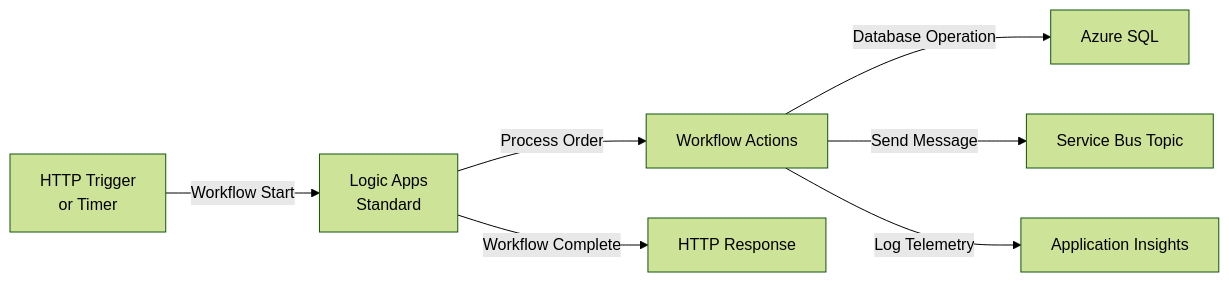
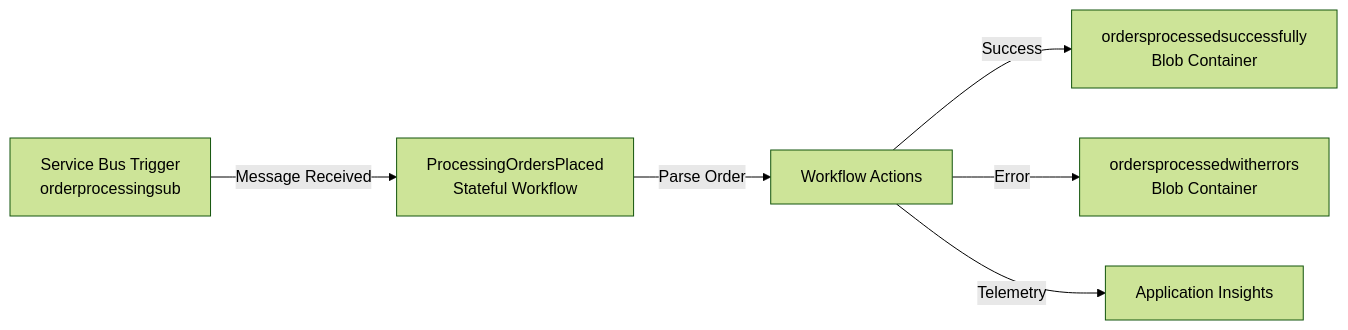
Before and after one commit to Evilazaro/Azure-LogicApps-Monitoring: the sixth of 15 diagrams in README.MD, drawn with Mermaid (forest theme). The commit also changed other lines of this file, not shown here.

First line of the commit message:
Enhance README.MD with detailed architecture and component descriptions

````diff
--- a/README.MD
+++ b/README.MD
@@ -185,9 +228,8 @@
 ```mermaid
 flowchart LR
-    Trigger["HTTP Trigger<br/>or Timer"] -->|"Workflow Start"| LogicApp["Logic Apps<br/>Standard"]
-    LogicApp -->|"Process Order"| Actions["Workflow Actions"]
-    Actions -->|"Database Operation"| SQL["Azure SQL"]
-    Actions -->|"Send Message"| ServiceBus["Service Bus Topic"]
-    Actions -->|"Log Telemetry"| AppInsights["Application Insights"]
-    LogicApp -->|"Workflow Complete"| Response["HTTP Response"]
+    Trigger["Service Bus Trigger<br/>orderprocessingsub"] -->|"Message Received"| Workflow["ProcessingOrdersPlaced<br/>Stateful Workflow"]
+    Workflow -->|"Parse Order"| Actions["Workflow Actions"]
+    Actions -->|"Success"| SuccessBlob["ordersprocessedsuccessfully<br/>Blob Container"]
+    Actions -->|"Error"| ErrorBlob["ordersprocessedwitherrors<br/>Blob Container"]
+    Actions -->|"Telemetry"| AppInsights["Application Insights"]
 ```
````
